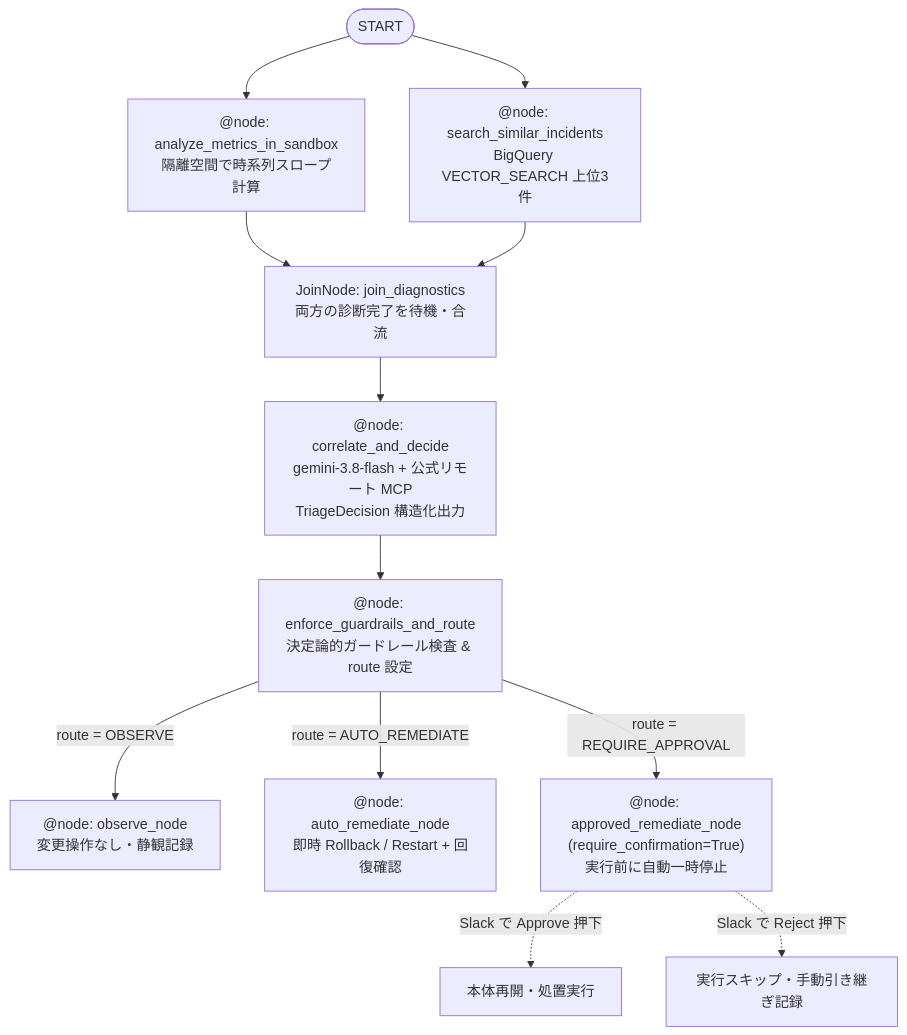
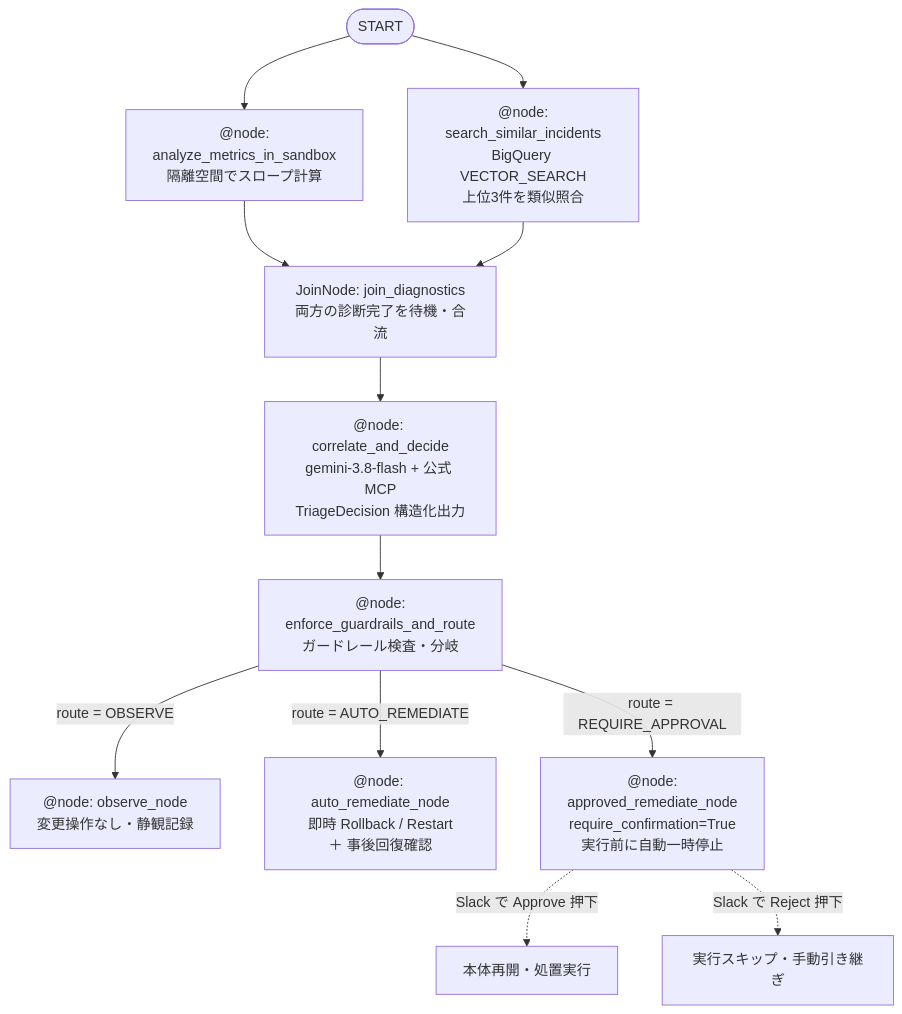
Before and after one commit to tyorikan/agentic-sre-handson: the second of 4 diagrams in docs/04-auto-remediation-and-slack-hitl.md, drawn with Mermaid. The commit also changed 1 other file, not shown here.

Commit message:
docs: improve Chapter 4/5 Mermaid diagram layout for readability

````diff
--- a/docs/04-auto-remediation-and-slack-hitl.md
+++ b/docs/04-auto-remediation-and-slack-hitl.md
@@ -47,15 +47,15 @@
 ```mermaid
 flowchart TD
-    S(["START"]) --> P1["@node: analyze_metrics_in_sandbox<br/>隔離空間で時系列スロープ計算"]
-    S --> P2["@node: search_similar_incidents<br/>BigQuery VECTOR_SEARCH 上位3件"]
+    S(["START"]) --> P1["@node:<br/>analyze_metrics_in_sandbox<br/>隔離空間でスロープ計算"]
+    S --> P2["@node:<br/>search_similar_incidents<br/>BigQuery VECTOR_SEARCH<br/>上位3件を類似照合"]
     P1 & P2 --> J["JoinNode: join_diagnostics<br/>両方の診断完了を待機・合流"]
-    J --> LLM["@node: correlate_and_decide<br/>gemini-3.8-flash + 公式リモート MCP<br/>TriageDecision 構造化出力"]
-    LLM --> Router["@node: enforce_guardrails_and_route<br/>決定論的ガードレール検査 & route 設定"]
+    J --> LLM["@node: correlate_and_decide<br/>gemini-3.8-flash + 公式 MCP<br/>TriageDecision 構造化出力"]
+    LLM --> Router["@node:<br/>enforce_guardrails_and_route<br/>ガードレール検査・分岐"]
 
     Router -->|"route = OBSERVE"| N1["@node: observe_node<br/>変更操作なし・静観記録"]
-    Router -->|"route = AUTO_REMEDIATE"| N2["@node: auto_remediate_node<br/>即時 Rollback / Restart + 回復確認"]
-    Router -->|"route = REQUIRE_APPROVAL"| N3["@node: approved_remediate_node<br/>(require_confirmation=True)<br/>実行前に自動一時停止"]
+    Router -->|"route = AUTO_REMEDIATE"| N2["@node: auto_remediate_node<br/>即時 Rollback / Restart<br/>＋ 事後回復確認"]
+    Router -->|"route = REQUIRE_APPROVAL"| N3["@node:<br/>approved_remediate_node<br/>require_confirmation=True<br/>実行前に自動一時停止"]
 
     N3 -.->|"Slack で Approve 押下"| Exec["本体再開・処置実行"]
-    N3 -.->|"Slack で Reject 押下"| Cancel["実行スキップ・手動引き継ぎ記録"]
+    N3 -.->|"Slack で Reject 押下"| Cancel["実行スキップ・手動引き継ぎ"]
 ```
````
